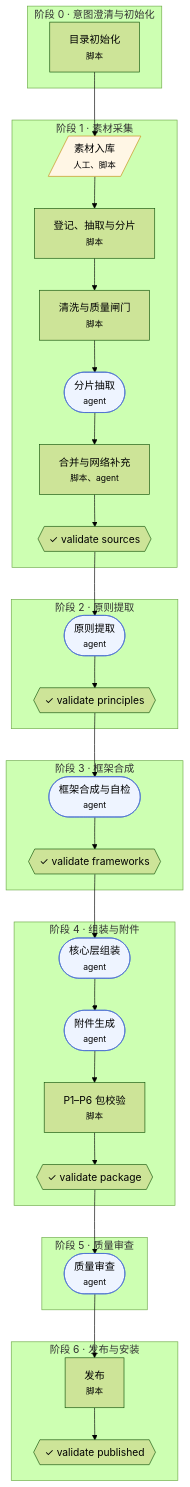
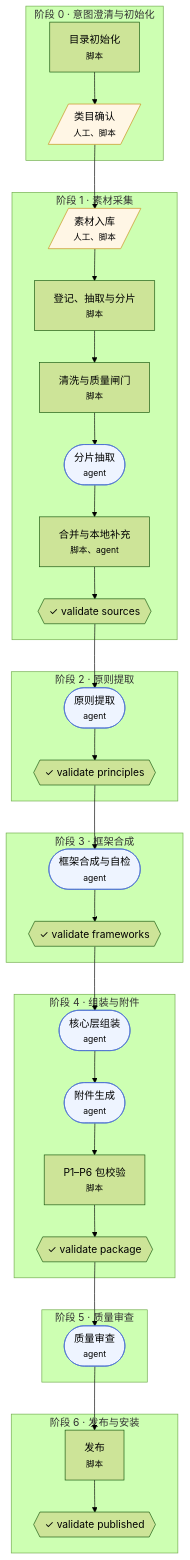
One commit to 20240610ldx-hub/Mind-Distill-Factory changed the second of 5 diagrams in docs/architecture.md. Above: the diagram before and after it, drawn with Mermaid (forest theme). The commit also changed 20 other files, not shown here.

````diff
--- a/docs/architecture.md
+++ b/docs/architecture.md
@@ -45,61 +45,64 @@
 ```mermaid
 flowchart TD
     subgraph init["阶段 0 · 意图澄清与初始化"]
         init_init["目录初始化<br/><small>脚本</small>"]
+        init_classify[/"类目确认<br/><small>人工、脚本</small>"/]
     end
     subgraph stage1["阶段 1 · 素材采集"]
         stage1_sources[/"素材入库<br/><small>人工、脚本</small>"/]
         stage1_index["登记、抽取与分片<br/><small>脚本</small>"]
         stage1_clean["清洗与质量闸门<br/><small>脚本</small>"]
         stage1_extract(["分片抽取<br/><small>agent</small>"])
-        stage1_reduce["合并与网络补充<br/><small>脚本、agent</small>"]
+        stage1_reduce["合并与本地补充<br/><small>脚本、agent</small>"]
         stage1_checkpoint{{"✓ validate sources"}}
     end
     subgraph stage2["阶段 2 · 原则提取"]
         stage2_principles(["原则提取<br/><small>agent</small>"])
         stage2_checkpoint{{"✓ validate principles"}}
     end
     subgraph stage3["阶段 3 · 框架合成"]
         stage3_frameworks(["框架合成与自检<br/><small>agent</small>"])
         stage3_checkpoint{{"✓ validate frameworks"}}
     end
     subgraph stage4["阶段 4 · 组装与附件"]
         stage4_assemble(["核心层组装<br/><small>agent</small>"])
         stage4_attachments(["附件生成<br/><small>agent</small>"])
         stage4_gates["P1–P6 包校验<br/><small>脚本</small>"]
         stage4_checkpoint{{"✓ validate package"}}
     end
     subgraph stage5["阶段 5 · 质量审查"]
         stage5_review(["质量审查<br/><small>agent</small>"])
     end
     subgraph stage6["阶段 6 · 发布与安装"]
         stage6_publish["发布<br/><small>脚本</small>"]
         stage6_checkpoint{{"✓ validate published"}}
     end
-    init_init --> stage1_sources
+    init_init --> init_classify
+    init_classify --> stage1_sources
     stage1_sources --> stage1_index
     stage1_index --> stage1_clean
     stage1_clean --> stage1_extract
     stage1_extract --> stage1_reduce
     stage1_reduce --> stage1_checkpoint
     stage1_checkpoint --> stage2_principles
     stage2_principles --> stage2_checkpoint
     stage2_checkpoint --> stage3_frameworks
     stage3_frameworks --> stage3_checkpoint
     stage3_checkpoint --> stage4_assemble
     stage4_assemble --> stage4_attachments
     stage4_attachments --> stage4_gates
     stage4_gates --> stage4_checkpoint
     stage4_checkpoint --> stage5_review
     stage5_review --> stage6_publish
     stage6_publish --> stage6_checkpoint
     classDef agent fill:#eef4ff,stroke:#4a6fd1
     classDef human fill:#fff6e5,stroke:#c98a12
+    class init_classify human
     class stage1_sources human
     class stage1_extract agent
     class stage2_principles agent
     class stage3_frameworks agent
     class stage4_assemble agent
     class stage4_attachments agent
     class stage5_review agent
 ```
````
